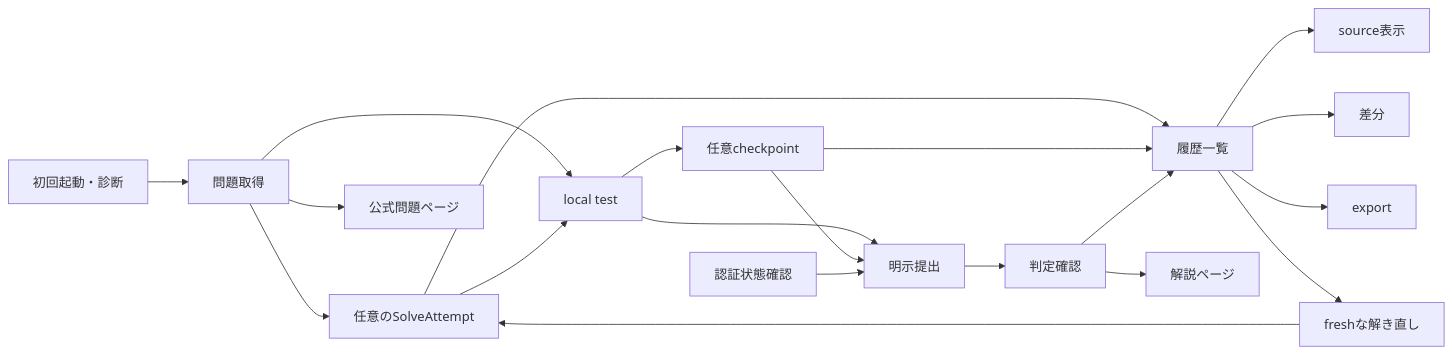
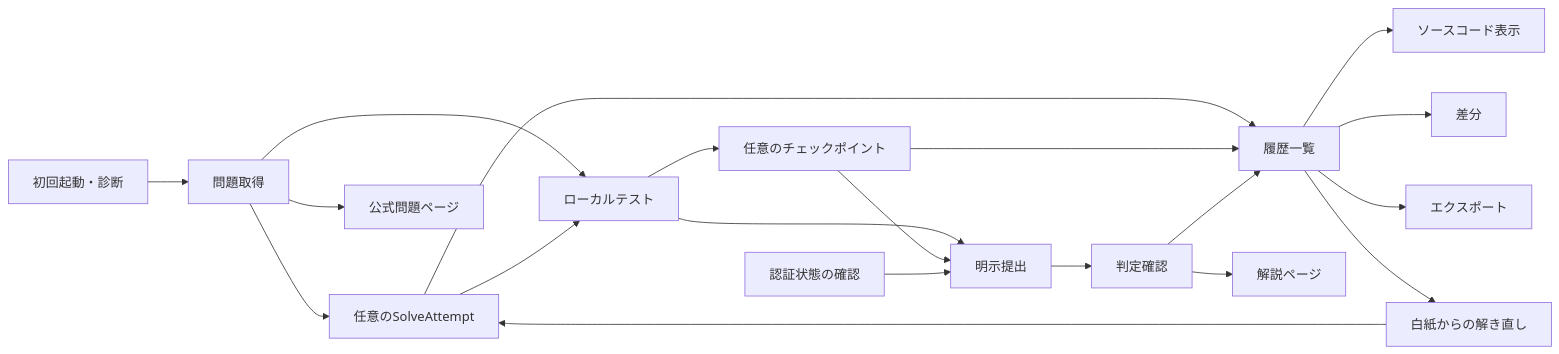
Before and after one commit to mgmaru/algo-loom: the first of 3 diagrams in spec/features.md, drawn with Mermaid. The commit also changed other lines of this file and 5 other files, not shown here.

````diff
--- a/spec/features.md
+++ b/spec/features.md
@@ -90,24 +91,24 @@
 ```mermaid
 flowchart LR
     S[初回起動・診断] --> G[問題取得]
     G --> A[任意のSolveAttempt]
-    G --> T[local test]
+    G --> T[ローカルテスト]
     A --> T
-    T --> C[任意checkpoint]
+    T --> C[任意のチェックポイント]
     T --> U[明示提出]
     C --> U
-    N[認証状態確認] --> U
+    N[認証状態の確認] --> U
     U --> V[判定確認]
 
     A --> H[履歴一覧]
     C --> H
     V --> H
-    H --> W[source表示]
+    H --> W[ソースコード表示]
     H --> D[差分]
-    H --> E[export]
-    H --> R[freshな解き直し]
+    H --> E[エクスポート]
+    H --> R[白紙からの解き直し]
     R --> A
 
     G --> O[公式問題ページ]
     V --> X[解説ページ]
 ```
````
